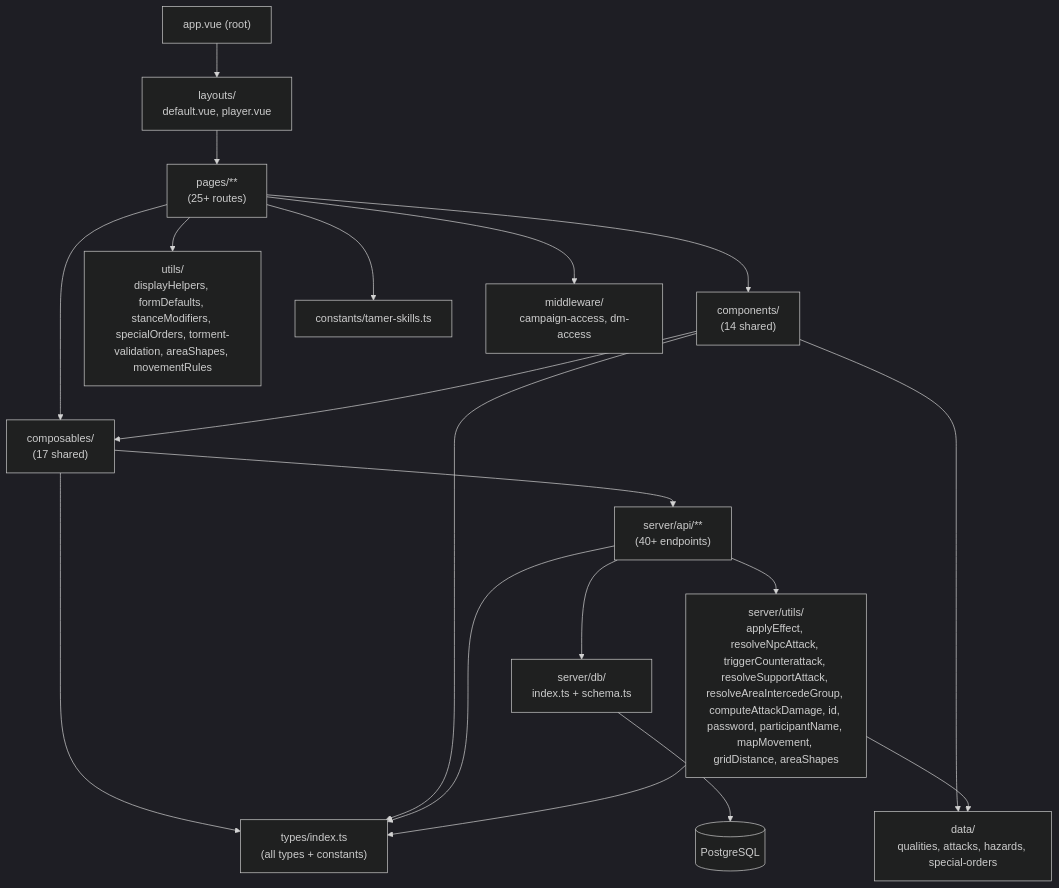
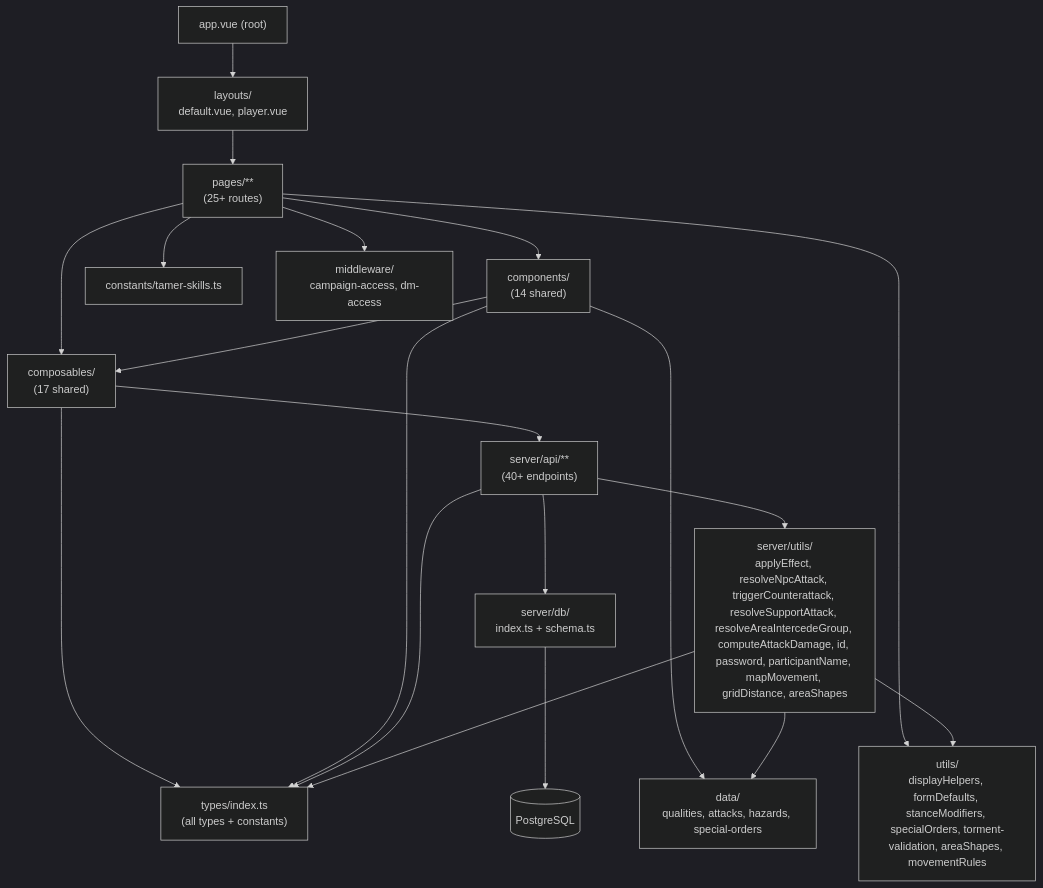
One commit to Eddy-Above/DDA-Tactics changed the diagram in PROJECT_MAP.md. Above: the diagram before and after it, drawn with Mermaid (dark theme). The commit also changed other lines of this file and 4 other files, not shown here.

````diff
--- a/PROJECT_MAP.md
+++ b/PROJECT_MAP.md
@@ -531,35 +532,36 @@
 ```mermaid
 flowchart TD
     App["app.vue (root)"]
     Layouts["layouts/\ndefault.vue, player.vue"]
     Pages["pages/**\n(25+ routes)"]
     Components["components/\n(14 shared)"]
     Composables["composables/\n(17 shared)"]
     Types["types/index.ts\n(all types + constants)"]
     Data["data/\nqualities, attacks, hazards, special-orders"]
     Utils["utils/\ndisplayHelpers, formDefaults, stanceModifiers, specialOrders, torment-validation, areaShapes, movementRules"]
     Constants["constants/tamer-skills.ts"]
     Middleware["middleware/\ncampaign-access, dm-access"]
     ServerAPI["server/api/**\n(40+ endpoints)"]
     ServerUtils["server/utils/\napplyEffect, resolveNpcAttack, triggerCounterattack, resolveSupportAttack, resolveAreaIntercedeGroup, computeAttackDamage, id, password, participantName, mapMovement, gridDistance, areaShapes"]
     DB["server/db/\nindex.ts + schema.ts"]
     Postgres[("PostgreSQL")]
 
     App --> Layouts --> Pages
     Pages --> Components
     Pages --> Composables
     Components --> Composables
     Composables --> Types
     Composables --> ServerAPI
     Components --> Types
     Components --> Data
     Pages --> Middleware
     Pages --> Utils
     Pages --> Constants
     ServerAPI --> DB
     ServerAPI --> ServerUtils
     ServerAPI --> Types
     ServerUtils --> Types
     ServerUtils --> Data
+    ServerUtils --> Utils
     DB --> Postgres
 ```
````
